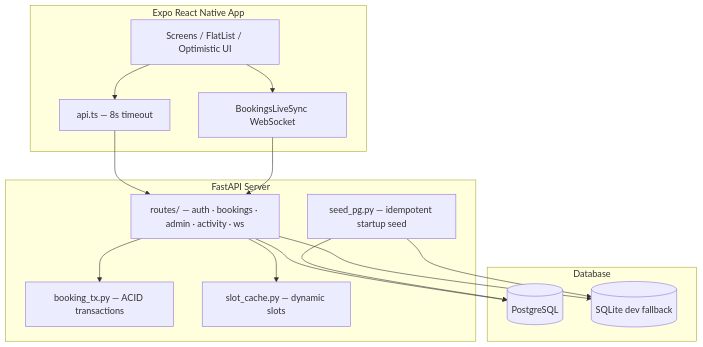
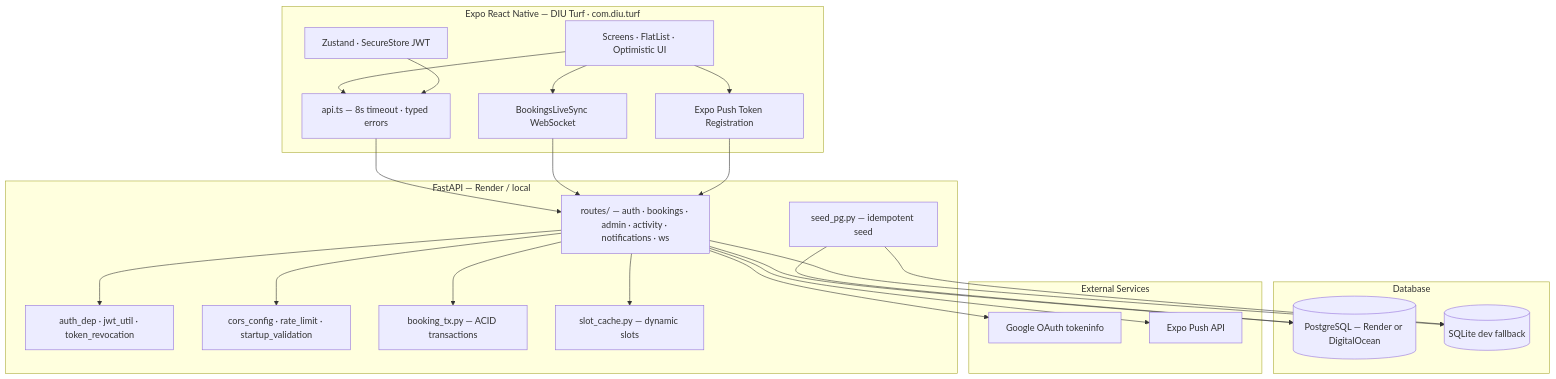
One commit to MeherabHS/diu-turf changed the diagram in README.md. Above: the diagram before and after it, drawn with Mermaid. The commit also changed other lines of this file and 1779 other files, not shown here.

````diff
--- a/README.md
+++ b/README.md
@@ -132,31 +173,47 @@
 ```mermaid
 flowchart TB
-    subgraph Mobile["Expo React Native App"]
-        UI[Screens / FlatList / Optimistic UI]
+    subgraph Mobile["Expo React Native — DIU Turf · com.diu.turf"]
+        UI[Screens · FlatList · Optimistic UI]
         WS[BookingsLiveSync WebSocket]
-        API_CLIENT[api.ts — 8s timeout]
+        PUSH[Expo Push Token Registration]
+        API_CLIENT[api.ts — 8s timeout · typed errors]
+        STORE[Zustand · SecureStore JWT]
     end
 
-    subgraph Backend["FastAPI Server"]
-        ROUTES[routes/ — auth · bookings · admin · activity · ws]
+    subgraph Backend["FastAPI — Render / local"]
+        ROUTES[routes/ — auth · bookings · admin · activity · notifications · ws]
+        AUTH[auth_dep · jwt_util · token_revocation]
+        HARDEN[cors_config · rate_limit · startup_validation]
         TX[booking_tx.py — ACID transactions]
         CACHE[slot_cache.py — dynamic slots]
-        SEED[seed_pg.py — idempotent startup seed]
+        SEED[seed_pg.py — idempotent seed]
     end
 
     subgraph Data["Database"]
-        PG[(PostgreSQL)]
+        PG[(PostgreSQL — Render or DigitalOcean)]
         SQLITE[(SQLite dev fallback)]
+    end
+
+    subgraph External["External Services"]
+        GOOGLE[Google OAuth tokeninfo]
+        EXPO[Expo Push API]
     end
 
     UI --> API_CLIENT
     UI --> WS
+    UI --> PUSH
+    STORE --> API_CLIENT
     API_CLIENT --> ROUTES
     WS --> ROUTES
+    PUSH --> ROUTES
+    ROUTES --> AUTH
+    ROUTES --> HARDEN
     ROUTES --> TX
     ROUTES --> CACHE
     ROUTES --> PG
     ROUTES --> SQLITE
+    ROUTES --> GOOGLE
+    ROUTES --> EXPO
     SEED --> PG
     SEED --> SQLITE
 ```
````
